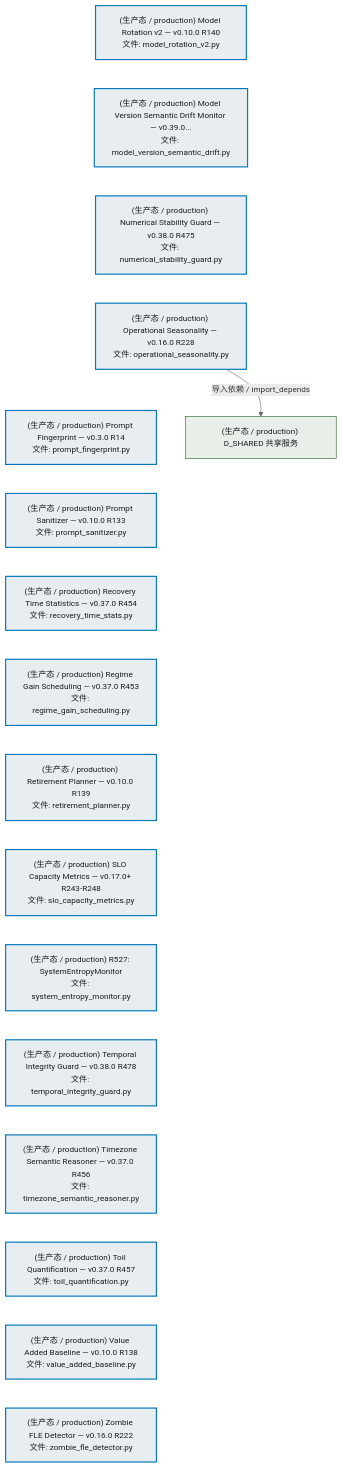
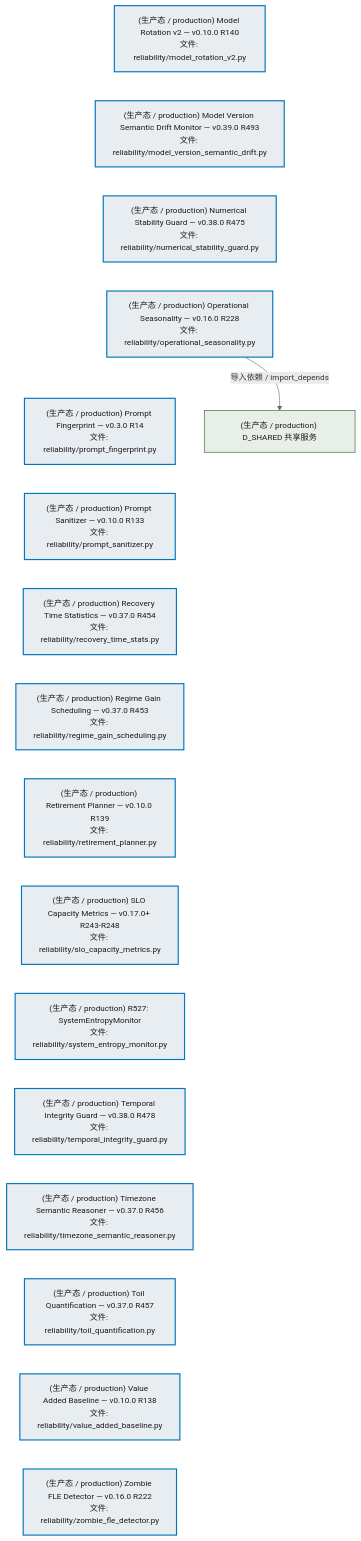
The third of 5 diagrams in docs/02_enterprise_architecture/02_domain_architecture_docs/16_d_fbl_diagnosers.md (xuanFelixVan/ZephyrAlpha), drawn with Mermaid before and after one commit. The commit also changed other lines of this file and 63 other files, not shown here.

````diff
--- a/docs/02_enterprise_architecture/02_domain_architecture_docs/16_d_fbl_diagnosers.md
+++ b/docs/02_enterprise_architecture/02_domain_architecture_docs/16_d_fbl_diagnosers.md
@@ -293,43 +293,43 @@
 ```mermaid
 %%{init: {'theme': 'base', 'themeVariables': {'primaryColor': '#eaeaea', 'primaryTextColor': '#333333', 'primaryBorderColor': '#666666', 'lineColor': '#666666', 'secondaryColor': '#eaeaea', 'tertiaryColor': '#eaeaea', 'fontSize': '14px'}}}%%
 flowchart TD
-    src_zephyr_feedback_loop_diagnosers_reliability_model_rotation_v2_py["(生产态 / production) Model Rotation v2 — v0.10.0 R140<br/>文件: model_rotation_v2.py"]
-    src_zephyr_feedback_loop_diagnosers_reliability_model_version_semantic_drift_py["(生产态 / production) Model Version Semantic Drift Monitor — v0.39.0...<br/>文件: model_version_semantic_drift.py"]
-    src_zephyr_feedback_loop_diagnosers_reliability_numerical_stability_guard_py["(生产态 / production) Numerical Stability Guard — v0.38.0 R475<br/>文件: numerical_stability_guard.py"]
-    src_zephyr_feedback_loop_diagnosers_reliability_operational_seasonality_py["(生产态 / production) Operational Seasonality — v0.16.0 R228<br/>文件: operational_seasonality.py"]
-    src_zephyr_feedback_loop_diagnosers_reliability_prompt_fingerprint_py["(生产态 / production) Prompt Fingerprint — v0.3.0 R14<br/>文件: prompt_fingerprint.py"]
-    src_zephyr_feedback_loop_diagnosers_reliability_prompt_sanitizer_py["(生产态 / production) Prompt Sanitizer — v0.10.0 R133<br/>文件: prompt_sanitizer.py"]
-    src_zephyr_feedback_loop_diagnosers_reliability_recovery_time_stats_py["(生产态 / production) Recovery Time Statistics — v0.37.0 R454<br/>文件: recovery_time_stats.py"]
-    src_zephyr_feedback_loop_diagnosers_reliability_regime_gain_scheduling_py["(生产态 / production) Regime Gain Scheduling — v0.37.0 R453<br/>文件: regime_gain_scheduling.py"]
-    src_zephyr_feedback_loop_diagnosers_reliability_retirement_planner_py["(生产态 / production) Retirement Planner — v0.10.0 R139<br/>文件: retirement_planner.py"]
-    src_zephyr_feedback_loop_diagnosers_reliability_slo_capacity_metrics_py["(生产态 / production) SLO Capacity Metrics — v0.17.0+ R243-R248<br/>文件: slo_capacity_metrics.py"]
-    src_zephyr_feedback_loop_diagnosers_reliability_system_entropy_monitor_py["(生产态 / production) R527: SystemEntropyMonitor<br/>文件: system_entropy_monitor.py"]
-    src_zephyr_feedback_loop_diagnosers_reliability_temporal_integrity_guard_py["(生产态 / production) Temporal Integrity Guard — v0.38.0 R478<br/>文件: temporal_integrity_guard.py"]
-    src_zephyr_feedback_loop_diagnosers_reliability_timezone_semantic_reasoner_py["(生产态 / production) Timezone Semantic Reasoner — v0.37.0 R456<br/>文件: timezone_semantic_reasoner.py"]
-    src_zephyr_feedback_loop_diagnosers_reliability_toil_quantification_py["(生产态 / production) Toil Quantification — v0.37.0 R457<br/>文件: toil_quantification.py"]
-    src_zephyr_feedback_loop_diagnosers_reliability_value_added_baseline_py["(生产态 / production) Value Added Baseline — v0.10.0 R138<br/>文件: value_added_baseline.py"]
-    src_zephyr_feedback_loop_diagnosers_reliability_zombie_fle_detector_py["(生产态 / production) Zombie FLE Detector — v0.16.0 R222<br/>文件: zombie_fle_detector.py"]
+    src_zephyr_feedback_loop_diagnosers_reliability_model_rotation_v2_py["(生产态 / production) Model Rotation v2 — v0.10.0 R140<br/>文件: reliability/model_rotation_v2.py"]
+    src_zephyr_feedback_loop_diagnosers_reliability_model_version_semantic_drift_py["(生产态 / production) Model Version Semantic Drift Monitor — v0.39.0 R493<br/>文件: reliability/model_version_semantic_drift.py"]
+    src_zephyr_feedback_loop_diagnosers_reliability_numerical_stability_guard_py["(生产态 / production) Numerical Stability Guard — v0.38.0 R475<br/>文件: reliability/numerical_stability_guard.py"]
+    src_zephyr_feedback_loop_diagnosers_reliability_operational_seasonality_py["(生产态 / production) Operational Seasonality — v0.16.0 R228<br/>文件: reliability/operational_seasonality.py"]
+    src_zephyr_feedback_loop_diagnosers_reliability_prompt_fingerprint_py["(生产态 / production) Prompt Fingerprint — v0.3.0 R14<br/>文件: reliability/prompt_fingerprint.py"]
+    src_zephyr_feedback_loop_diagnosers_reliability_prompt_sanitizer_py["(生产态 / production) Prompt Sanitizer — v0.10.0 R133<br/>文件: reliability/prompt_sanitizer.py"]
+    src_zephyr_feedback_loop_diagnosers_reliability_recovery_time_stats_py["(生产态 / production) Recovery Time Statistics — v0.37.0 R454<br/>文件: reliability/recovery_time_stats.py"]
+    src_zephyr_feedback_loop_diagnosers_reliability_regime_gain_scheduling_py["(生产态 / production) Regime Gain Scheduling — v0.37.0 R453<br/>文件: reliability/regime_gain_scheduling.py"]
+    src_zephyr_feedback_loop_diagnosers_reliability_retirement_planner_py["(生产态 / production) Retirement Planner — v0.10.0 R139<br/>文件: reliability/retirement_planner.py"]
+    src_zephyr_feedback_loop_diagnosers_reliability_slo_capacity_metrics_py["(生产态 / production) SLO Capacity Metrics — v0.17.0+ R243-R248<br/>文件: reliability/slo_capacity_metrics.py"]
+    src_zephyr_feedback_loop_diagnosers_reliability_system_entropy_monitor_py["(生产态 / production) R527: SystemEntropyMonitor<br/>文件: reliability/system_entropy_monitor.py"]
+    src_zephyr_feedback_loop_diagnosers_reliability_temporal_integrity_guard_py["(生产态 / production) Temporal Integrity Guard — v0.38.0 R478<br/>文件: reliability/temporal_integrity_guard.py"]
+    src_zephyr_feedback_loop_diagnosers_reliability_timezone_semantic_reasoner_py["(生产态 / production) Timezone Semantic Reasoner — v0.37.0 R456<br/>文件: reliability/timezone_semantic_reasoner.py"]
+    src_zephyr_feedback_loop_diagnosers_reliability_toil_quantification_py["(生产态 / production) Toil Quantification — v0.37.0 R457<br/>文件: reliability/toil_quantification.py"]
+    src_zephyr_feedback_loop_diagnosers_reliability_value_added_baseline_py["(生产态 / production) Value Added Baseline — v0.10.0 R138<br/>文件: reliability/value_added_baseline.py"]
+    src_zephyr_feedback_loop_diagnosers_reliability_zombie_fle_detector_py["(生产态 / production) Zombie FLE Detector — v0.16.0 R222<br/>文件: reliability/zombie_fle_detector.py"]
     src_zephyr_feedback_loop_diagnosers_reliability_model_rotation_v2_py ~~~ src_zephyr_feedback_loop_diagnosers_reliability_model_version_semantic_drift_py
     src_zephyr_feedback_loop_diagnosers_reliability_model_version_semantic_drift_py ~~~ src_zephyr_feedback_loop_diagnosers_reliability_numerical_stability_guard_py
     src_zephyr_feedback_loop_diagnosers_reliability_numerical_stability_guard_py ~~~ src_zephyr_feedback_loop_diagnosers_reliability_operational_seasonality_py
     src_zephyr_feedback_loop_diagnosers_reliability_operational_seasonality_py ~~~ src_zephyr_feedback_loop_diagnosers_reliability_prompt_fingerprint_py
     src_zephyr_feedback_loop_diagnosers_reliability_prompt_fingerprint_py ~~~ src_zephyr_feedback_loop_diagnosers_reliability_prompt_sanitizer_py
     src_zephyr_feedback_loop_diagnosers_reliability_prompt_sanitizer_py ~~~ src_zephyr_feedback_loop_diagnosers_reliability_recovery_time_stats_py
     src_zephyr_feedback_loop_diagnosers_reliability_recovery_time_stats_py ~~~ src_zephyr_feedback_loop_diagnosers_reliability_regime_gain_scheduling_py
     src_zephyr_feedback_loop_diagnosers_reliability_regime_gain_scheduling_py ~~~ src_zephyr_feedback_loop_diagnosers_reliability_retirement_planner_py
     src_zephyr_feedback_loop_diagnosers_reliability_retirement_planner_py ~~~ src_zephyr_feedback_loop_diagnosers_reliability_slo_capacity_metrics_py
     src_zephyr_feedback_loop_diagnosers_reliability_slo_capacity_metrics_py ~~~ src_zephyr_feedback_loop_diagnosers_reliability_system_entropy_monitor_py
     src_zephyr_feedback_loop_diagnosers_reliability_system_entropy_monitor_py ~~~ src_zephyr_feedback_loop_diagnosers_reliability_temporal_integrity_guard_py
     src_zephyr_feedback_loop_diagnosers_reliability_temporal_integrity_guard_py ~~~ src_zephyr_feedback_loop_diagnosers_reliability_timezone_semantic_reasoner_py
     src_zephyr_feedback_loop_diagnosers_reliability_timezone_semantic_reasoner_py ~~~ src_zephyr_feedback_loop_diagnosers_reliability_toil_quantification_py
     src_zephyr_feedback_loop_diagnosers_reliability_toil_quantification_py ~~~ src_zephyr_feedback_loop_diagnosers_reliability_value_added_baseline_py
     src_zephyr_feedback_loop_diagnosers_reliability_value_added_baseline_py ~~~ src_zephyr_feedback_loop_diagnosers_reliability_zombie_fle_detector_py
     D_SHARED["(生产态 / production) D_SHARED 共享服务"]
     src_zephyr_feedback_loop_diagnosers_reliability_operational_seasonality_py -->|导入依赖 / import_depends| D_SHARED
     classDef production fill:#e8edf2,stroke:#0277bd,stroke-width:2px,color:#1a1a1a
     classDef design fill:#f0ebe3,stroke:#bf360c,stroke-width:2px,color:#1a1a1a,stroke-dasharray: 5 5
     classDef external_prod fill:#e8efe9,stroke:#1b5e20,stroke-width:1px,color:#1a1a1a
     classDef external_design fill:#efe5ea,stroke:#880e4f,stroke-width:1px,color:#1a1a1a,stroke-dasharray: 5 5
     class src_zephyr_feedback_loop_diagnosers_reliability_model_rotation_v2_py,src_zephyr_feedback_loop_diagnosers_reliability_model_version_semantic_drift_py,src_zephyr_feedback_loop_diagnosers_reliability_numerical_stability_guard_py,src_zephyr_feedback_loop_diagnosers_reliability_operational_seasonality_py,src_zephyr_feedback_loop_diagnosers_reliability_prompt_fingerprint_py,src_zephyr_feedback_loop_diagnosers_reliability_prompt_sanitizer_py,src_zephyr_feedback_loop_diagnosers_reliability_recovery_time_stats_py,src_zephyr_feedback_loop_diagnosers_reliability_regime_gain_scheduling_py,src_zephyr_feedback_loop_diagnosers_reliability_retirement_planner_py,src_zephyr_feedback_loop_diagnosers_reliability_slo_capacity_metrics_py,src_zephyr_feedback_loop_diagnosers_reliability_system_entropy_monitor_py,src_zephyr_feedback_loop_diagnosers_reliability_temporal_integrity_guard_py,src_zephyr_feedback_loop_diagnosers_reliability_timezone_semantic_reasoner_py,src_zephyr_feedback_loop_diagnosers_reliability_toil_quantification_py,src_zephyr_feedback_loop_diagnosers_reliability_value_added_baseline_py,src_zephyr_feedback_loop_diagnosers_reliability_zombie_fle_detector_py production
     class D_SHARED external_prod
 ```
````
